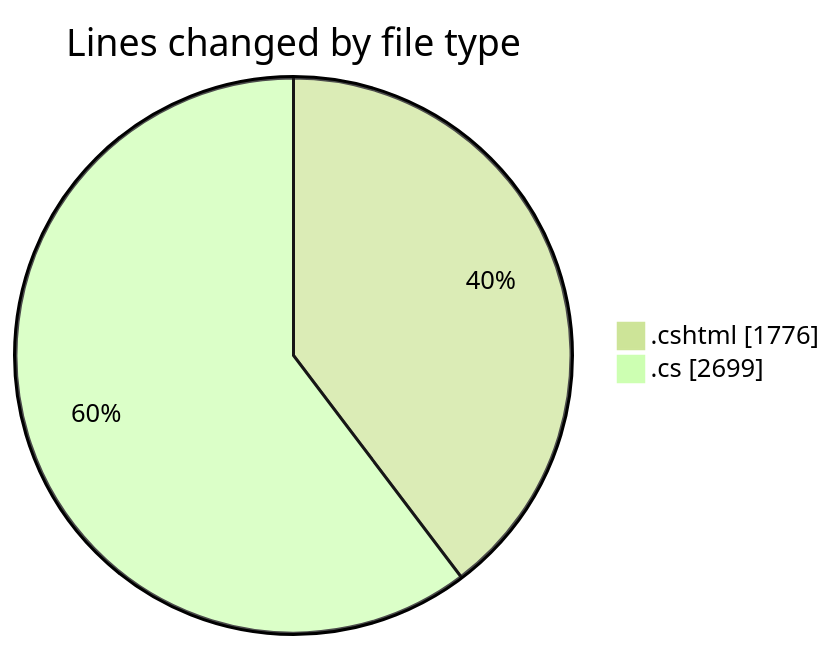
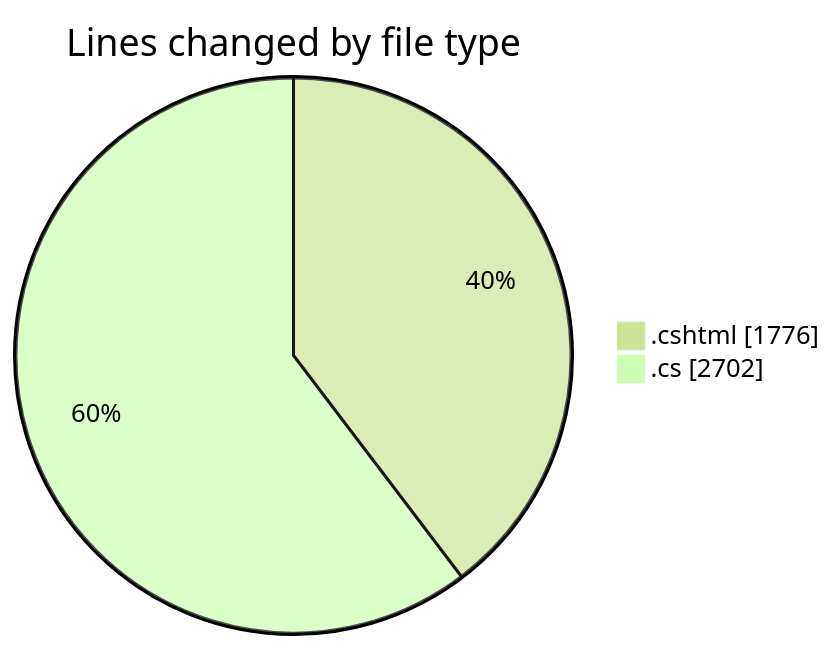
Before and after one commit to lephambinh05/code-tracking: the first of 2 diagrams in 2025-07-17/nhahang/README.md, drawn with Mermaid (forest theme). The commit also changed other lines of this file and 1 other file, not shown here.

````diff
--- a/2025-07-17/nhahang/README.md
+++ b/2025-07-17/nhahang/README.md
@@ -66,6 +66,6 @@
 ```mermaid
 pie showData
 title Lines changed by file type
 ".cshtml" : 1776
-".cs" : 2699
+".cs" : 2702
 ```
````
